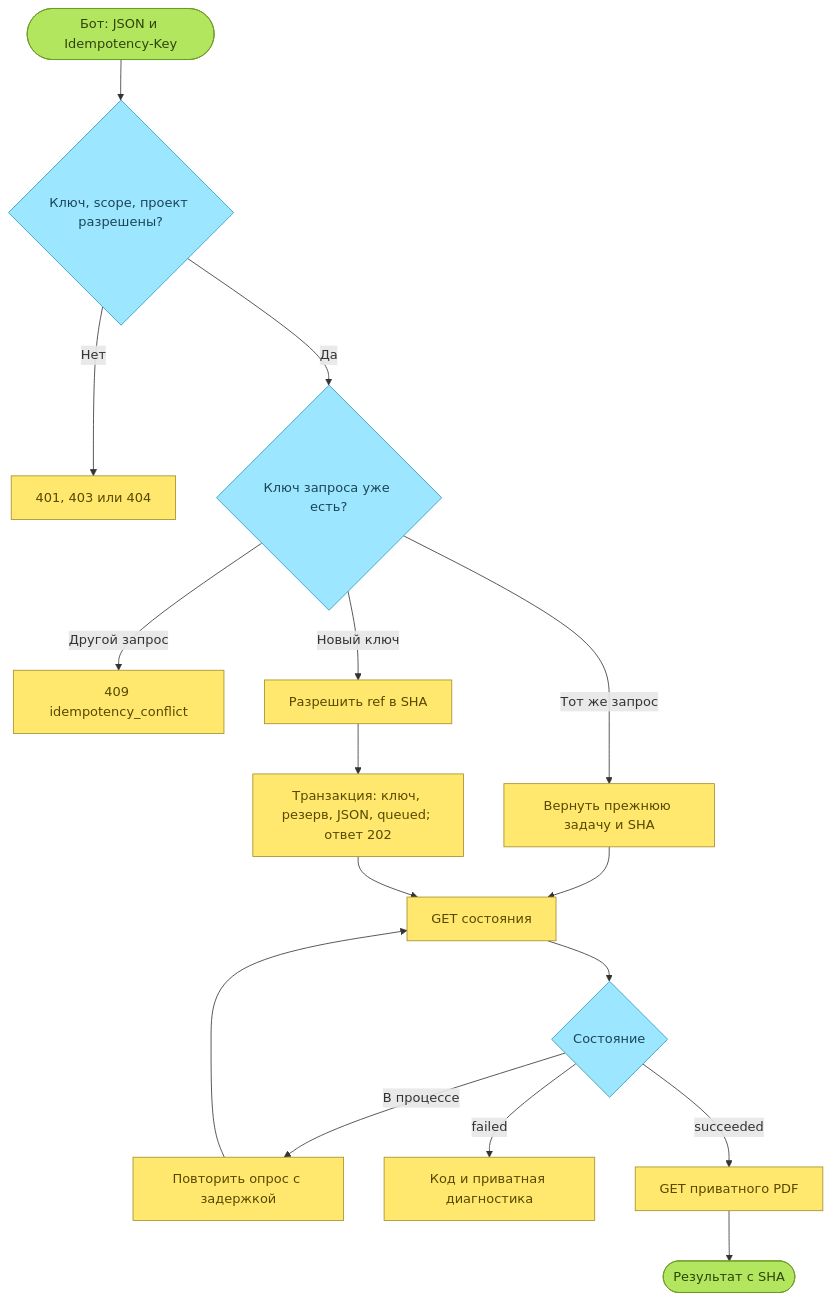
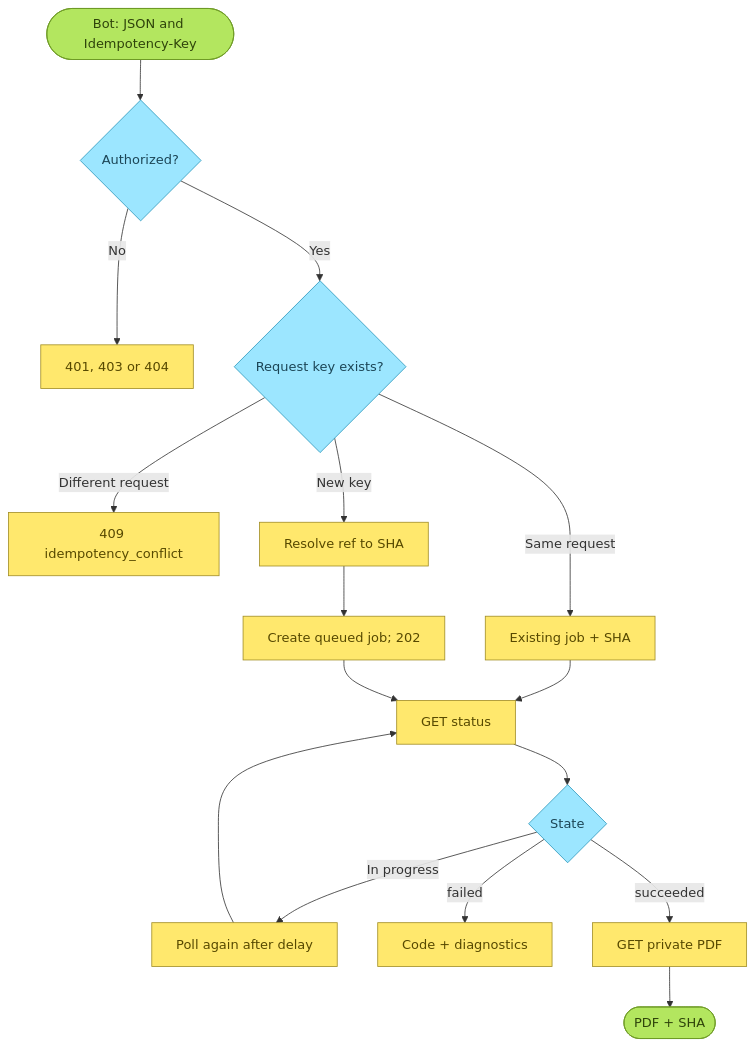
The diagram in docs/architecture/diagrams/v1/10-bot-api.mmd (Feruum/Leafrun), drawn with Mermaid before and after one commit. The commit also changed 38 other files, not shown here.

```diff
--- a/docs/architecture/diagrams/v1/10-bot-api.mmd
+++ b/docs/architecture/diagrams/v1/10-bot-api.mmd
@@ -1,22 +1,22 @@
 flowchart TB
-    Bot([Бот: JSON и Idempotency-Key]) --> Access{Ключ, scope, проект разрешены?}
-    Access -->|Нет| Deny[401, 403 или 404]
-    Access -->|Да| Key{Ключ запроса уже есть?}
-    Key -->|Другой запрос| Conflict[409 idempotency_conflict]
-    Key -->|Тот же запрос| Existing[Вернуть прежнюю задачу и SHA]
-    Key -->|Новый ключ| Ref[Разрешить ref в SHA]
-    Ref --> Job[Транзакция: ключ, резерв, JSON, queued; ответ 202]
-    Existing --> Poll[GET состояния]
+    Bot([Bot: JSON and Idempotency-Key]) --> Access{Authorized?}
+    Access -->|No| Deny[401, 403 or 404]
+    Access -->|Yes| Key{Request key exists?}
+    Key -->|Different request| Conflict[409 idempotency_conflict]
+    Key -->|Same request| Existing[Existing job + SHA]
+    Key -->|New key| Ref[Resolve ref to SHA]
+    Ref --> Job[Create queued job; 202]
+    Existing --> Poll[GET status]
     Job --> Poll
-    Poll --> State{Состояние}
-    State -->|В процессе| Wait[Повторить опрос с задержкой]
+    Poll --> State{State}
+    State -->|In progress| Wait[Poll again after delay]
     Wait --> Poll
-    State -->|failed| Error[Код и приватная диагностика]
-    State -->|succeeded| PDF[GET приватного PDF]
-    PDF --> Result([Результат с SHA])
+    State -->|failed| Error[Code + diagnostics]
+    State -->|succeeded| PDF[GET private PDF]
+    PDF --> Result([PDF + SHA])
     classDef component fill:#FFE86D,stroke:#A28E26,color:#574900
     classDef decision fill:#9CE6FF,stroke:#2C97BB,color:#1C4657
     classDef terminal fill:#B3E65F,stroke:#6E9A24,color:#2F440B
     class Deny,Conflict,Existing,Ref,Job,Poll,Wait,Error,PDF component
     class Access,Key,State decision
     class Bot,Result terminal
```
